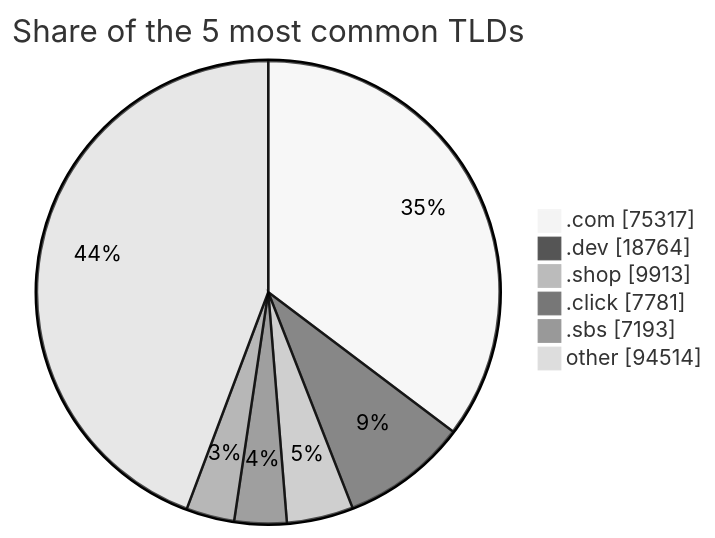
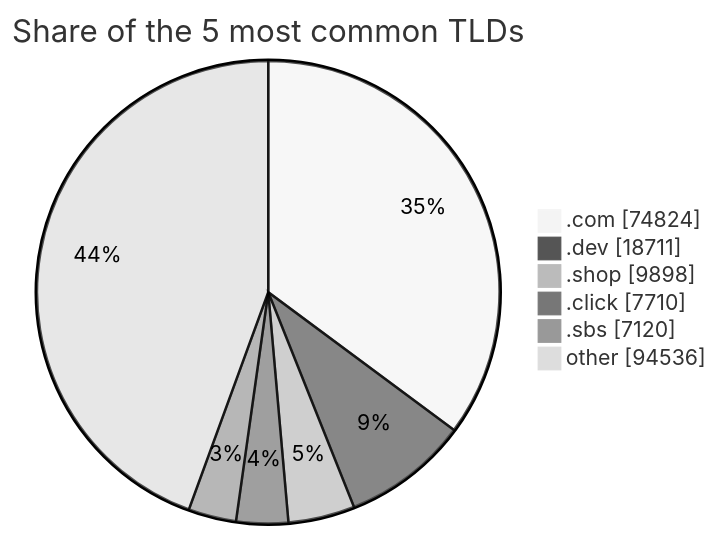
One commit to DNSBunker/CTI changed the third of 3 diagrams in README.md. Above: the diagram before and after it, drawn with Mermaid (neutral theme). The commit also changed other lines of this file and 3 other files, not shown here.

````diff
--- a/README.md
+++ b/README.md
@@ -81,9 +81,9 @@
 ```mermaid
 pie showData title Share of the 5 most common TLDs
-    ".com" : 75317
-    ".dev" : 18764
-    ".shop" : 9913
-    ".click" : 7781
-    ".sbs" : 7193
-    "other" : 94514
+    ".com" : 74824
+    ".dev" : 18711
+    ".shop" : 9898
+    ".click" : 7710
+    ".sbs" : 7120
+    "other" : 94536
 ```
````
